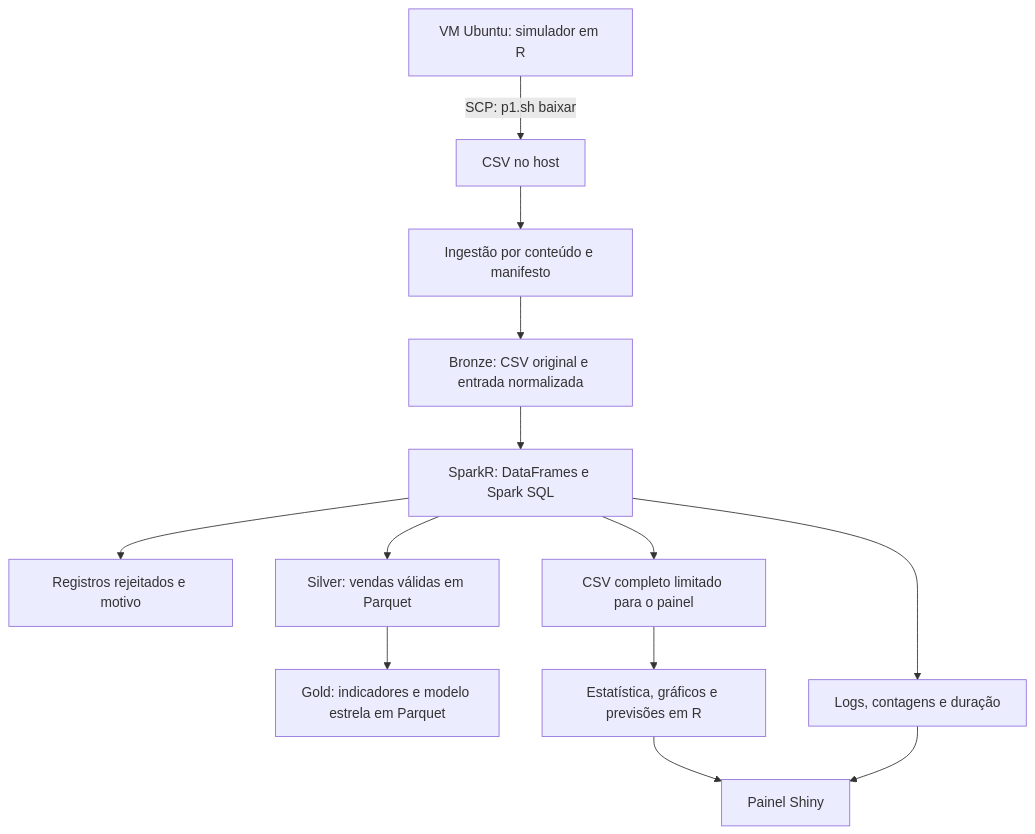
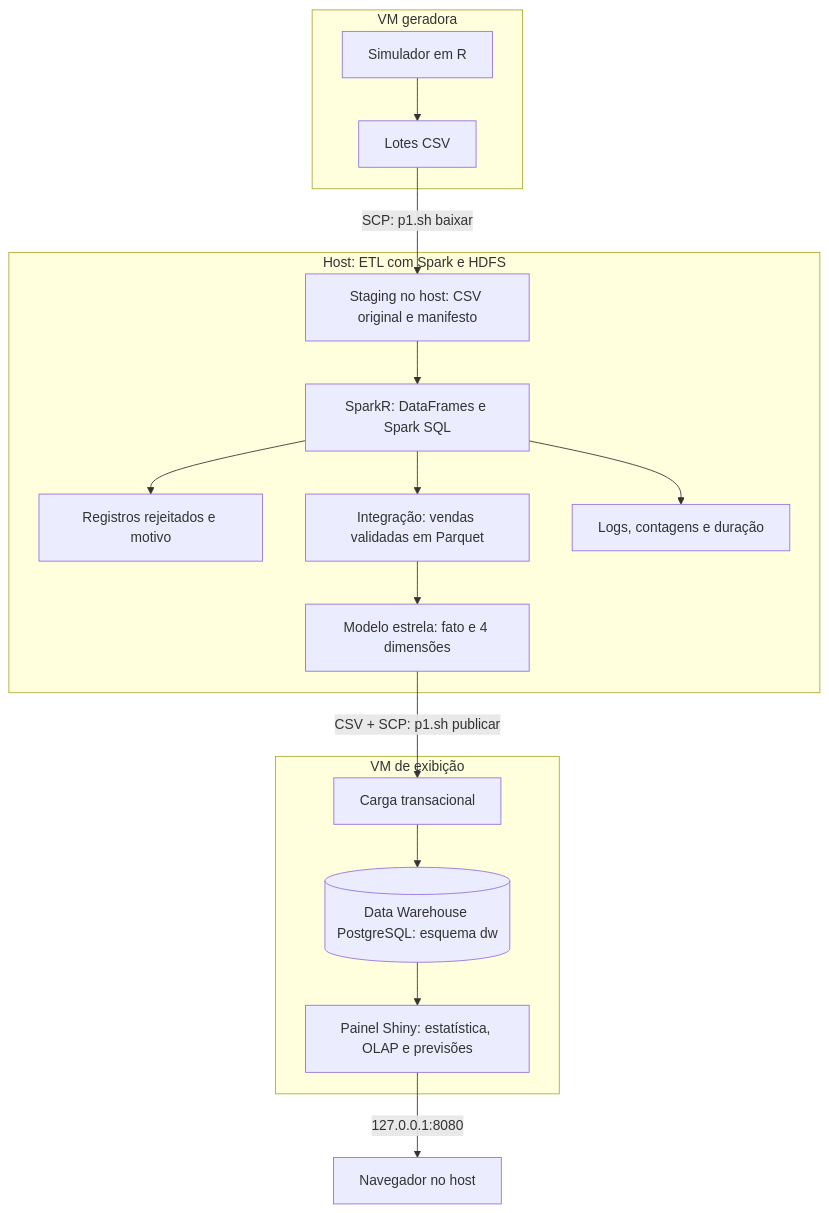
One commit to luisfeob34/pi-data-science-track-field changed the diagram in docs/arquitetura-pi.md. Above: the diagram before and after it, drawn with Mermaid. The commit also changed other lines of this file and 18 other files, not shown here.

First line of the commit message:
Duas VMs (geração e exibição) e Data Warehouse PostgreSQL

````diff
--- a/docs/arquitetura-pi.md
+++ b/docs/arquitetura-pi.md
@@ -16,15 +19,20 @@
 ```mermaid
 flowchart TD
-  VM[VM Ubuntu: simulador em R] -->|SCP: p1.sh baixar| Entrada[CSV no host]
-  Entrada --> Ingestao[Ingestão por conteúdo e manifesto]
-  Ingestao --> Bronze[Bronze: CSV original e entrada normalizada]
-  Bronze --> Spark[SparkR: DataFrames e Spark SQL]
-  Spark --> Quarentena[Registros rejeitados e motivo]
-  Spark --> Silver[Silver: vendas válidas em Parquet]
-  Silver --> Gold[Gold: indicadores e modelo estrela em Parquet]
-  Spark --> Exportacao[CSV completo limitado para o painel]
-  Exportacao --> R[Estatística, gráficos e previsões em R]
-  R --> Painel[Painel Shiny]
-  Spark --> Logs[Logs, contagens e duração]
-  Logs --> Painel
+  subgraph G[VM geradora]
+    Sim[Simulador em R] --> CSV[Lotes CSV]
+  end
+  CSV -->|SCP: p1.sh baixar| Staging[Staging no host: CSV original e manifesto]
+  subgraph H[Host: ETL com Spark e HDFS]
+    Staging --> Spark[SparkR: DataFrames e Spark SQL]
+    Spark --> Quarentena[Registros rejeitados e motivo]
+    Spark --> Integracao[Integração: vendas validadas em Parquet]
+    Integracao --> Estrela[Modelo estrela: fato e 4 dimensões]
+    Spark --> Logs[Logs, contagens e duração]
+  end
+  Estrela -->|CSV + SCP: p1.sh publicar| Carga[Carga transacional]
+  subgraph E[VM de exibição]
+    Carga --> DW[(Data Warehouse PostgreSQL: esquema dw)]
+    DW --> Painel[Painel Shiny: estatística, OLAP e previsões]
+  end
+  Painel -->|127.0.0.1:8080| Navegador[Navegador no host]
 ```
````
